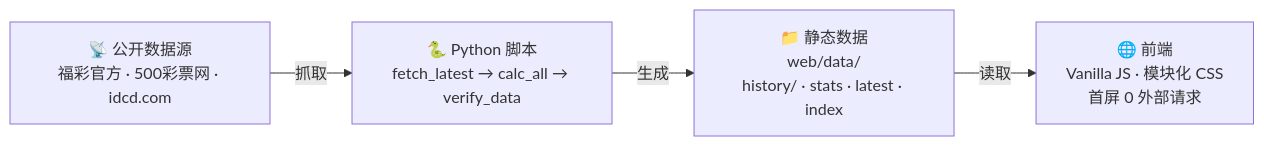
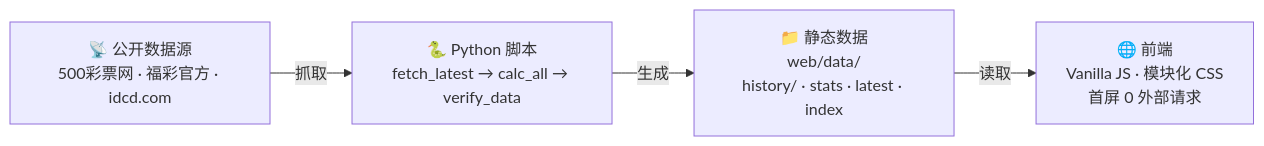
Before and after one commit to zhouminghan/ssq-hub: the diagram in README.md, drawn with Mermaid. The commit also changed other lines of this file and 19 other files, not shown here.

````diff
--- a/README.md
+++ b/README.md
@@ -17,11 +17,11 @@
 ```mermaid
 graph LR
-    A["📡 公开数据源<br/>福彩官方 · 500彩票网 · idcd.com"]
+    A["📡 公开数据源<br/>500彩票网 · 福彩官方 · idcd.com"]
     B["🐍 Python 脚本<br/>fetch_latest → calc_all → verify_data"]
     C["📁 静态数据<br/>web/data/<br/>history/ · stats · latest · index"]
     D["🌐 前端<br/>Vanilla JS · 模块化 CSS<br/>首屏 0 外部请求"]
 
     A -->|抓取| B
     B -->|生成| C
     C -->|读取| D
 ```
````
